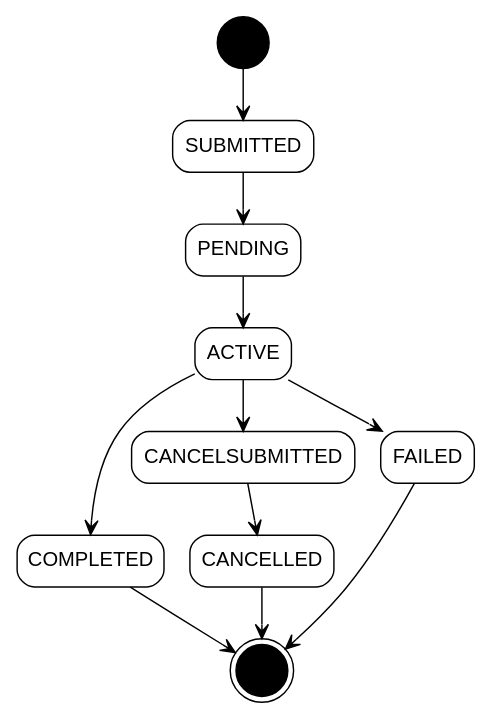
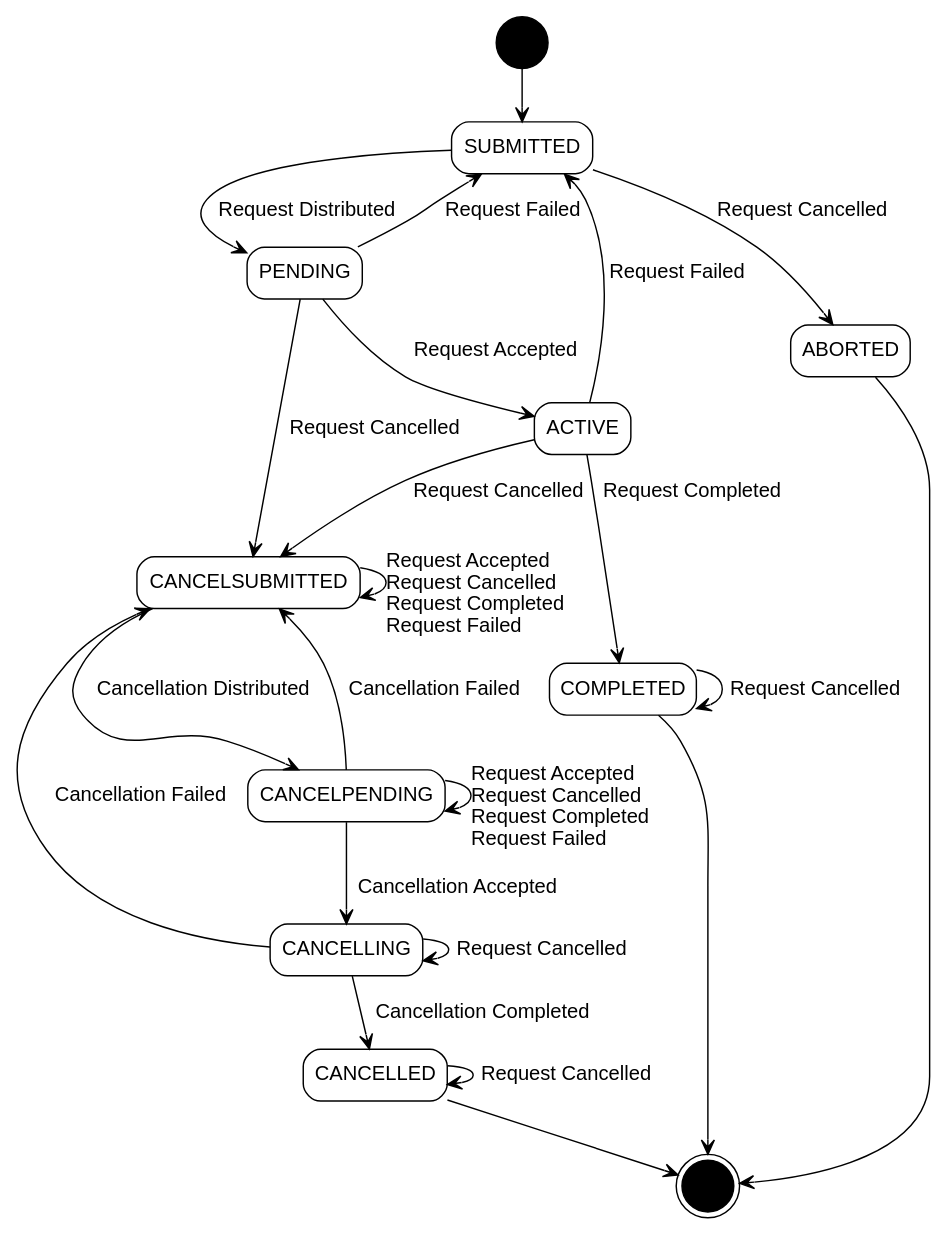
The diagram in actionsvc/diagrams/actionstates.dot (ONSdigital/response-management-service), drawn with Graphviz before and after one commit.

Commit message:
Updated Action States diagram following workshop

```diff
--- a/actionsvc/diagrams/actionstates.dot
+++ b/actionsvc/diagrams/actionstates.dot
@@ -1,27 +1,41 @@
 /* Action service action states. Run using dot -Tpng actionstates.dot > actionstates.png */
 /* See https://fsteeg.wordpress.com/2006/11/16/uml-activity-diagrams-with-graphviz/ */
 digraph actionstates {
-    size="10,10";
+    size="20,20";
     edge[arrowhead=open]
     node [shape=rectangle];
     start[shape=circle, label="", fillcolor=black, style=filled]
     end[shape=doublecircle, label="", fillcolor=black, style=filled]
     submitted[label="SUBMITTED", fontname="helvetica", style=rounded]
     pending[label="PENDING", fontname="helvetica", style=rounded]
     active[label="ACTIVE", fontname="helvetica", style=rounded]
     completed[label="COMPLETED", fontname="helvetica", style=rounded]
+    aborted[label="ABORTED", fontname="helvetica", style=rounded]
     cancelsubmitted[label="CANCELSUBMITTED", fontname="helvetica", style=rounded]
+    cancelpending[label="CANCELPENDING", fontname="helvetica", style=rounded]
+    cancelling[label="CANCELLING", fontname="helvetica", style=rounded]
     cancelled[label="CANCELLED", fontname="helvetica", style=rounded]
-    failed[label="FAILED", fontname="helvetica", style=rounded]
 
     start -> submitted
-    submitted -> pending
-    pending-> active
-    active -> completed
-    active -> cancelsubmitted
-    active -> failed
+    submitted -> pending[fontname="helvetica", label="Request Distributed"]
+    submitted -> aborted[fontname="helvetica", label="Request Cancelled"]
+    pending -> active[fontname="helvetica", label="Request Accepted"]
+    active -> completed[fontname="helvetica", label="Request Completed"]
+    cancelsubmitted -> cancelpending[fontname="helvetica", label="Cancellation Distributed"]
+    cancelpending -> cancelling[fontname="helvetica", label="Cancellation Accepted"]
+    cancelling -> cancelled[fontname="helvetica", label="Cancellation Completed"]
+    active -> submitted[fontname="helvetica", label="Request Failed"]
+    pending -> submitted[fontname="helvetica", label="Request Failed"]
+    active -> cancelsubmitted[fontname="helvetica", label="Request Cancelled"]
+    pending -> cancelsubmitted[fontname="helvetica", label="Request Cancelled"]
+    cancelling -> cancelsubmitted[fontname="helvetica", label="Cancellation Failed"]
+    cancelpending -> cancelsubmitted[fontname="helvetica", label="Cancellation Failed"]
+    cancelsubmitted -> cancelsubmitted[fontname="helvetica", label="\lRequest Accepted\lRequest Cancelled\lRequest Completed\lRequest Failed\l"]
+    cancelpending -> cancelpending[fontname="helvetica", label="\lRequest Accepted\lRequest Cancelled\lRequest Completed\lRequest Failed\l"]
+    completed -> completed[fontname="helvetica", label="Request Cancelled"]
+    cancelled -> cancelled[fontname="helvetica", label="Request Cancelled"]
+    cancelling -> cancelling[fontname="helvetica", label="Request Cancelled"]
+    aborted -> end
     completed -> end
-    cancelsubmitted -> cancelled
-    failed -> end
     cancelled -> end
 }
```
